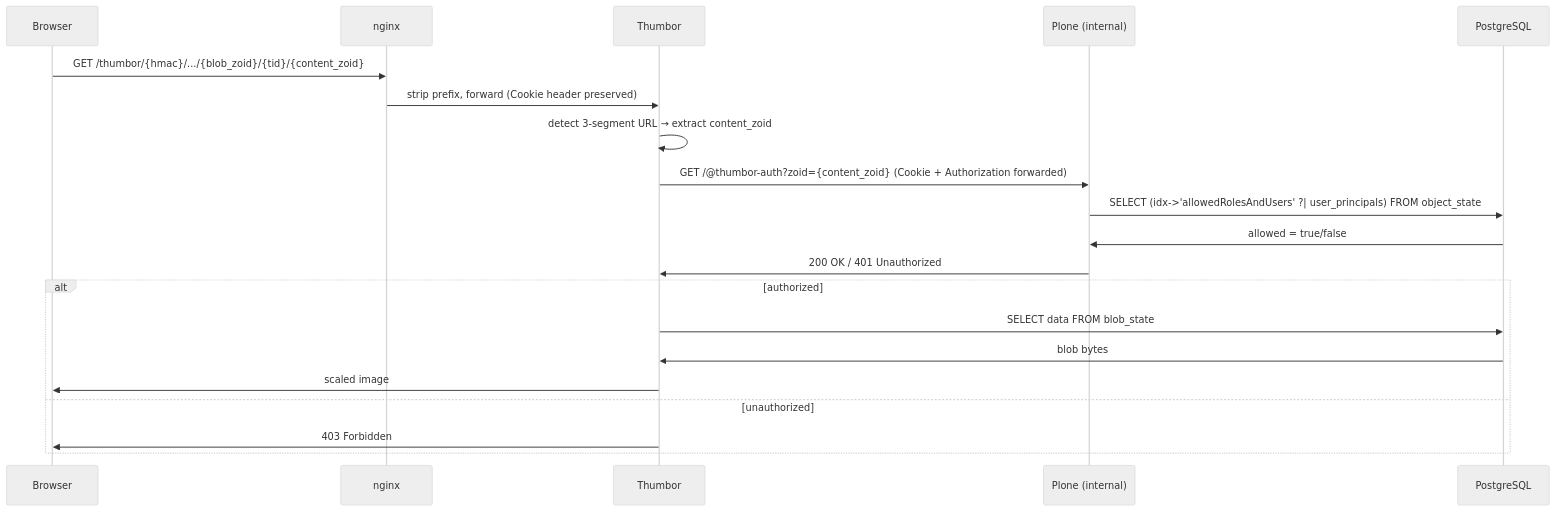
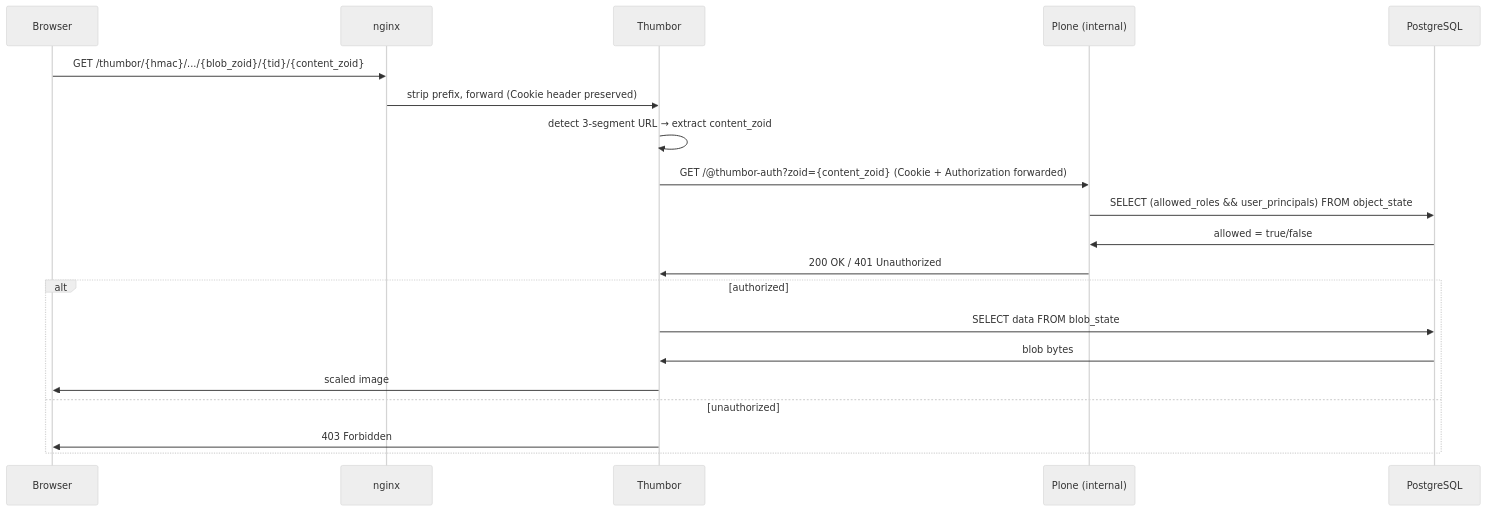
The third of 5 diagrams in docs/sources/explanation/architecture.md (bluedynamics/plone-pgthumbor), drawn with Mermaid (neutral theme) before and after one commit. The commit also changed other lines of this file and 6 other files, not shown here.

First line of the commit message:
fix: query allowed_roles column instead of idx JSONB for auth checks

````diff
--- a/docs/sources/explanation/architecture.md
+++ b/docs/sources/explanation/architecture.md
@@ -97,25 +97,25 @@
 ```{mermaid}
 sequenceDiagram
     participant B as Browser
     participant N as nginx
     participant T as Thumbor
     participant P as Plone (internal)
     participant PG as PostgreSQL
 
     B->>N: GET /thumbor/{hmac}/.../{blob_zoid}/{tid}/{content_zoid}
     N->>T: strip prefix, forward (Cookie header preserved)
     T->>T: detect 3-segment URL → extract content_zoid
 
     T->>P: GET /@thumbor-auth?zoid={content_zoid} (Cookie + Authorization forwarded)
-    P->>PG: SELECT (idx->'allowedRolesAndUsers' ?| user_principals) FROM object_state
+    P->>PG: SELECT (allowed_roles && user_principals) FROM object_state
     PG->>P: allowed = true/false
     P->>T: 200 OK / 401 Unauthorized
 
     alt authorized
         T->>PG: SELECT data FROM blob_state
         PG->>T: blob bytes
         T->>B: scaled image
     else unauthorized
         T->>B: 403 Forbidden
     end
 ```
````
